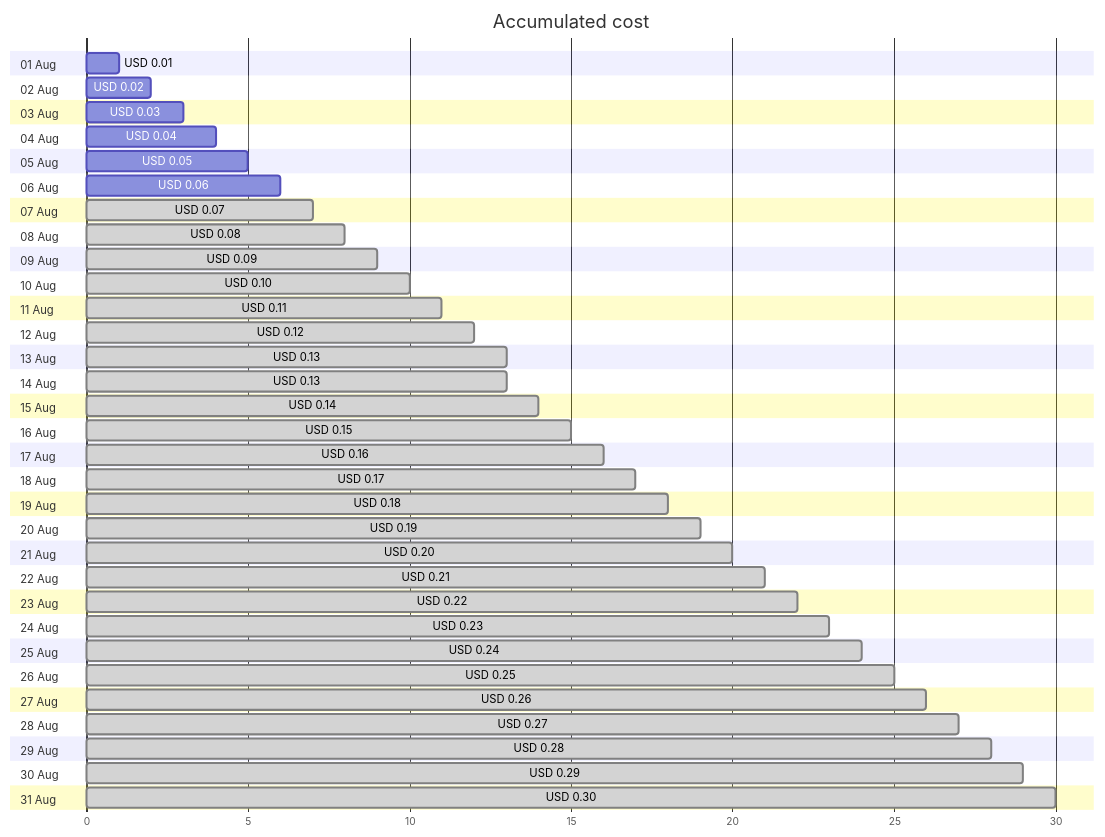
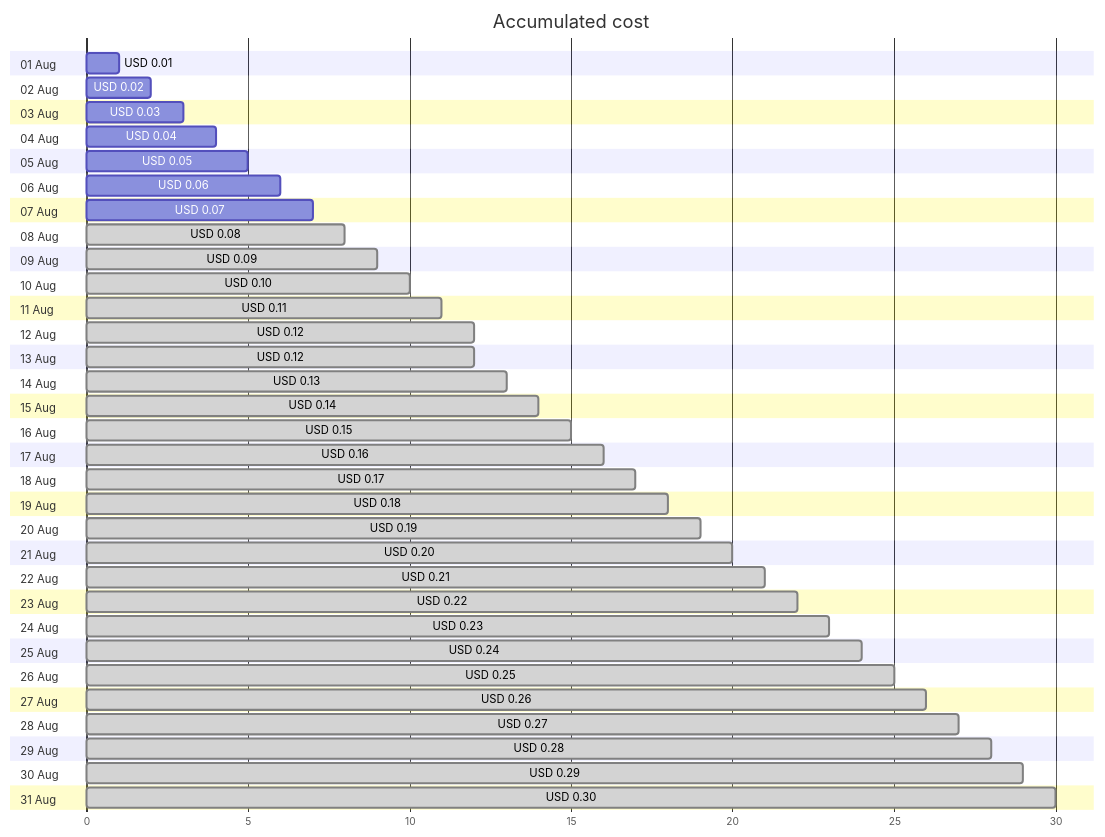
Before and after one commit to jpfulton/azure-personal-reports: the first of 4 diagrams in cost-reports/cloud-shell-storage-eastus/README.md, drawn with Mermaid. The commit also changed other lines of this file and 1 other file, not shown here.

````diff
--- a/cost-reports/cloud-shell-storage-eastus/README.md
+++ b/cost-reports/cloud-shell-storage-eastus/README.md
@@ -20,68 +20,68 @@
 ```mermaid
 gantt
    title Accumulated cost
    dateFormat  X
    axisFormat %s
    section 01 Aug
    USD 0.01 :0, 1
    section 02 Aug
    USD 0.02 :0, 2
    section 03 Aug
    USD 0.03 :0, 3
    section 04 Aug
    USD 0.04 :0, 4
    section 05 Aug
    USD 0.05 :0, 5
    section 06 Aug
    USD 0.06 :0, 6
    section 07 Aug
-   USD 0.07 : done, 0, 7
+   USD 0.07 :0, 7
    section 08 Aug
    USD 0.08 : done, 0, 8
    section 09 Aug
    USD 0.09 : done, 0, 9
    section 10 Aug
    USD 0.10 : done, 0, 10
    section 11 Aug
    USD 0.11 : done, 0, 11
    section 12 Aug
    USD 0.12 : done, 0, 12
    section 13 Aug
-   USD 0.13 : done, 0, 13
+   USD 0.12 : done, 0, 12
    section 14 Aug
    USD 0.13 : done, 0, 13
    section 15 Aug
    USD 0.14 : done, 0, 14
    section 16 Aug
    USD 0.15 : done, 0, 15
    section 17 Aug
    USD 0.16 : done, 0, 16
    section 18 Aug
    USD 0.17 : done, 0, 17
    section 19 Aug
    USD 0.18 : done, 0, 18
    section 20 Aug
    USD 0.19 : done, 0, 19
    section 21 Aug
    USD 0.20 : done, 0, 20
    section 22 Aug
    USD 0.21 : done, 0, 21
    section 23 Aug
    USD 0.22 : done, 0, 22
    section 24 Aug
    USD 0.23 : done, 0, 23
    section 25 Aug
    USD 0.24 : done, 0, 24
    section 26 Aug
    USD 0.25 : done, 0, 25
    section 27 Aug
    USD 0.26 : done, 0, 26
    section 28 Aug
    USD 0.27 : done, 0, 27
    section 29 Aug
    USD 0.28 : done, 0, 28
    section 30 Aug
    USD 0.29 : done, 0, 29
    section 31 Aug
    USD 0.30 : done, 0, 30
 ```
````
